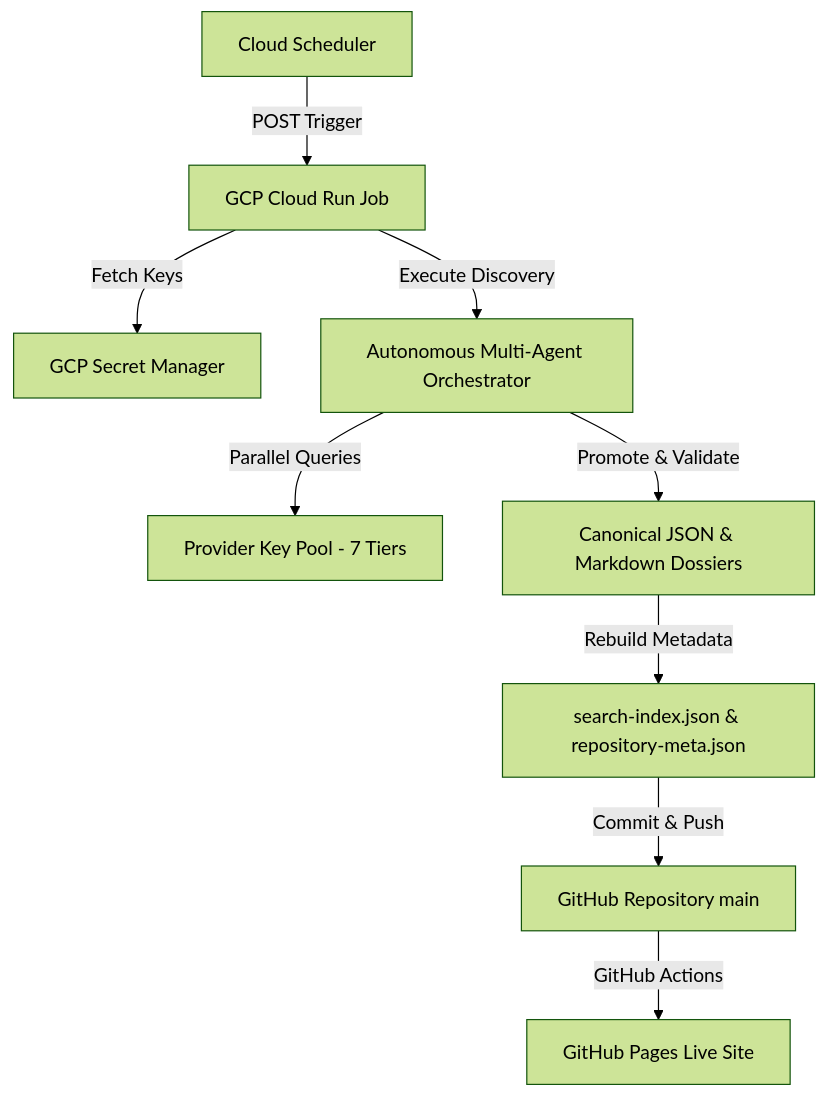
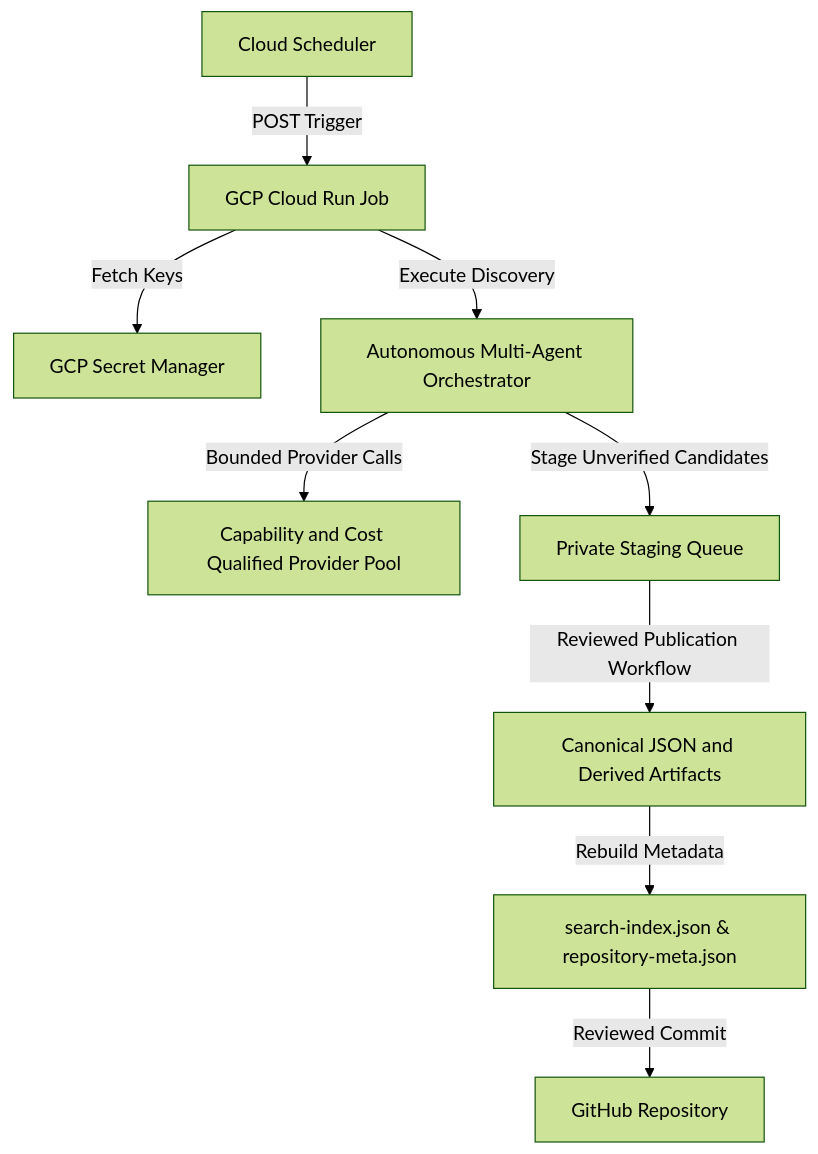
One commit to Hostilian/VenturaAtlas changed the diagram in ARCHITECTURE.md. Above: the diagram before and after it, drawn with Mermaid (forest theme). The commit also changed other lines of this file and 42 other files, not shown here.

````diff
--- a/ARCHITECTURE.md
+++ b/ARCHITECTURE.md
@@ -15,11 +15,11 @@
 ```mermaid
 graph TD
     A[Cloud Scheduler] -->|POST Trigger| B[GCP Cloud Run Job]
     B -->|Fetch Keys| C[GCP Secret Manager]
     B -->|Execute Discovery| D[Autonomous Multi-Agent Orchestrator]
-    D -->|Parallel Queries| E[Provider Key Pool - 7 Tiers]
-    D -->|Promote & Validate| F[Canonical JSON & Markdown Dossiers]
-    F -->|Rebuild Metadata| G[search-index.json & repository-meta.json]
-    G -->|Commit & Push| H[GitHub Repository main]
-    H -->|GitHub Actions| I[GitHub Pages Live Site]
+    D -->|Bounded Provider Calls| E[Capability and Cost Qualified Provider Pool]
+    D -->|Stage Unverified Candidates| F[Private Staging Queue]
+    F -->|Reviewed Publication Workflow| G[Canonical JSON and Derived Artifacts]
+    G -->|Rebuild Metadata| H[search-index.json & repository-meta.json]
+    H -->|Reviewed Commit| I[GitHub Repository]
 ```
````
